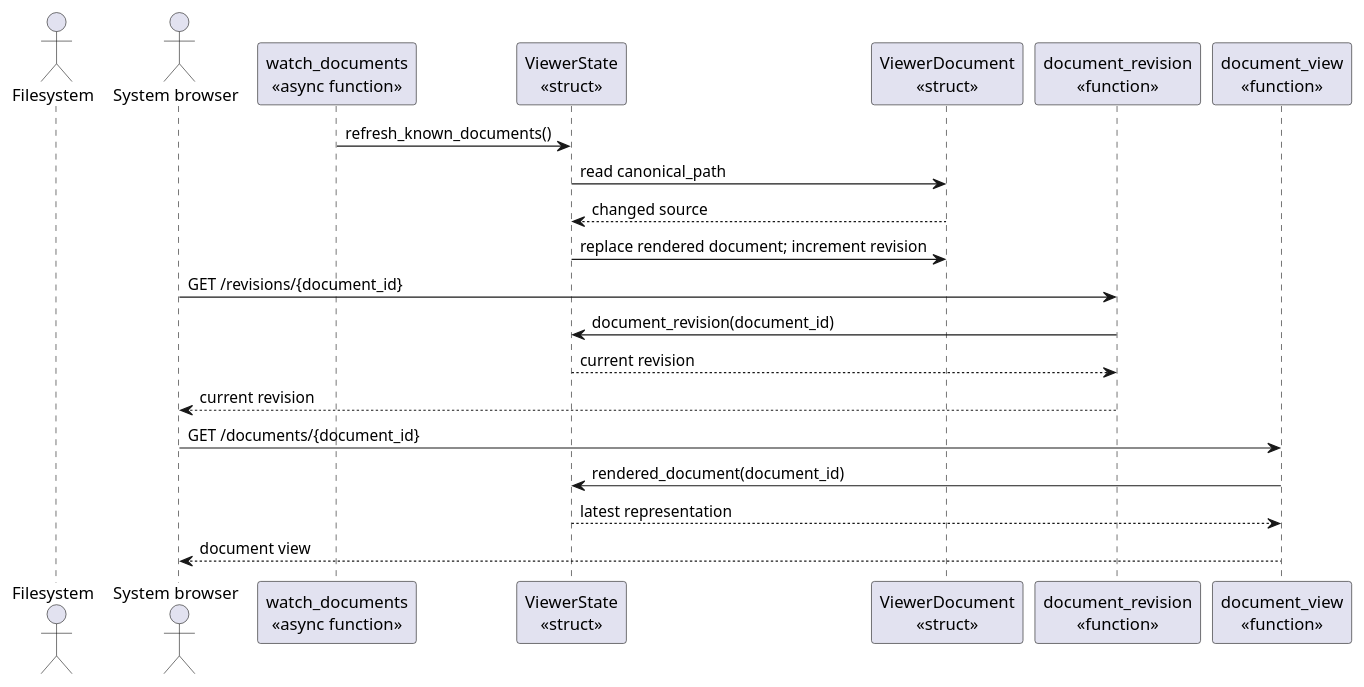
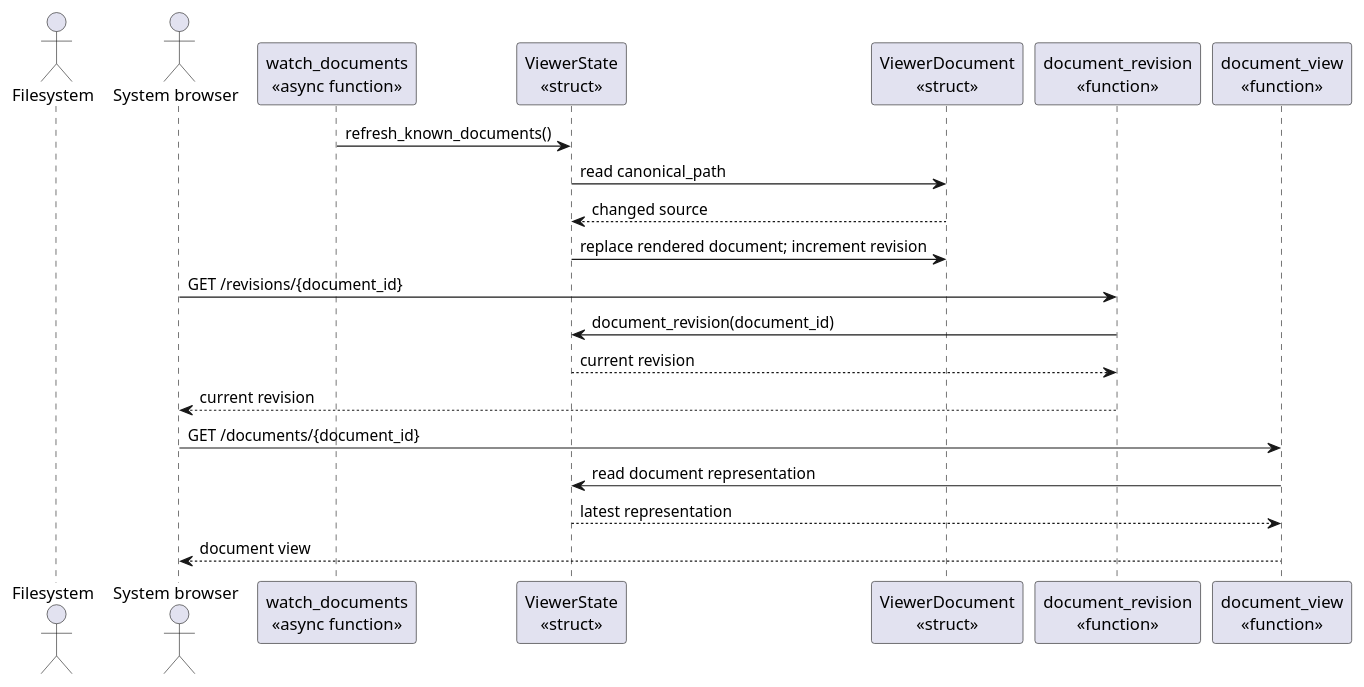
Before and after one commit to sirius-cc-wu/lens: the first of 2 diagrams in docs/features/automatic-refresh/design.md, drawn with PlantUML. The commit also changed other lines of this file and 8 other files, not shown here.

````diff
--- a/docs/features/automatic-refresh/design.md
+++ b/docs/features/automatic-refresh/design.md
@@ -19,24 +19,24 @@
 ```plantuml
 @startuml
 actor "Filesystem" as Filesystem
 actor "System browser" as Browser
 participant "watch_documents\n<<async function>>" as Watcher
 participant "ViewerState\n<<struct>>" as State
 participant "ViewerDocument\n<<struct>>" as Document
 participant "document_revision\n<<function>>" as Revision
 participant "document_view\n<<function>>" as View
 
 Watcher -> State: refresh_known_documents()
 State -> Document: read canonical_path
 Document --> State: changed source
 State -> Document: replace rendered document; increment revision
 Browser -> Revision: GET /revisions/{document_id}
 Revision -> State: document_revision(document_id)
 State --> Revision: current revision
 Revision --> Browser: current revision
 Browser -> View: GET /documents/{document_id}
-View -> State: rendered_document(document_id)
+View -> State: read document representation
 State --> View: latest representation
 View --> Browser: document view
 @enduml
 ```
````
